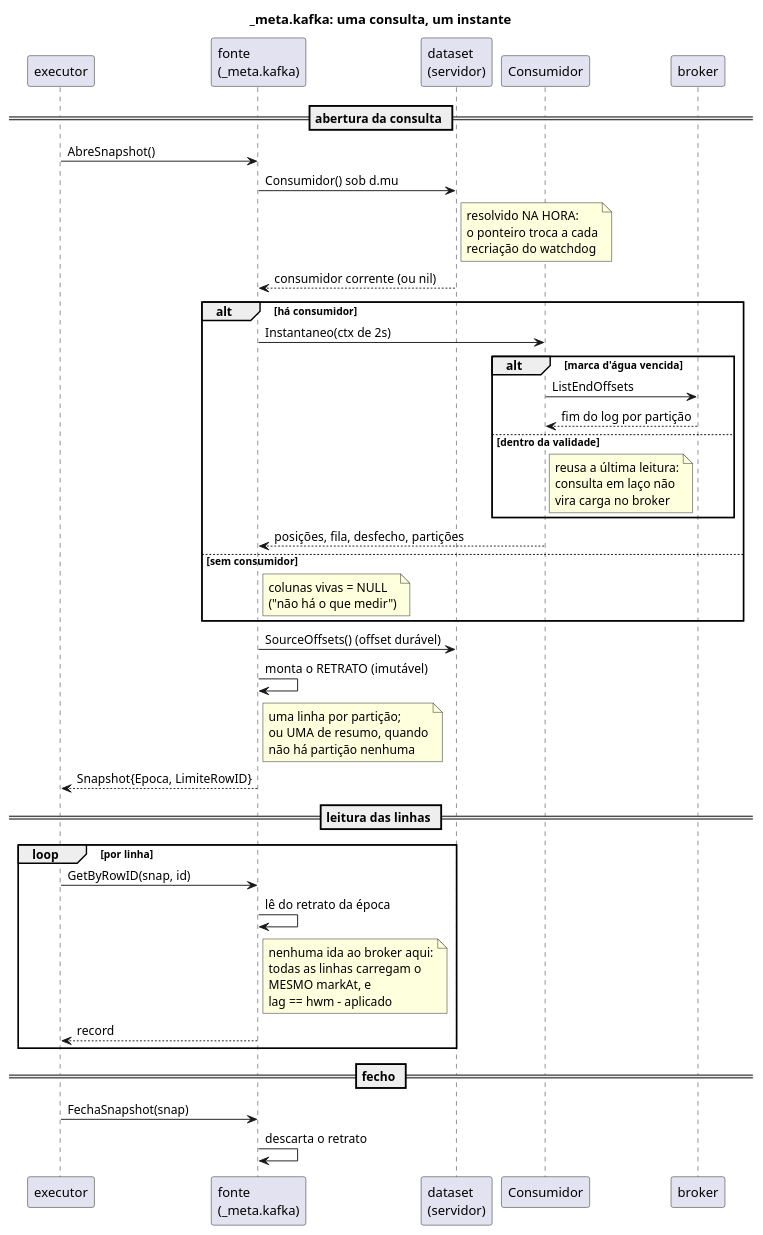
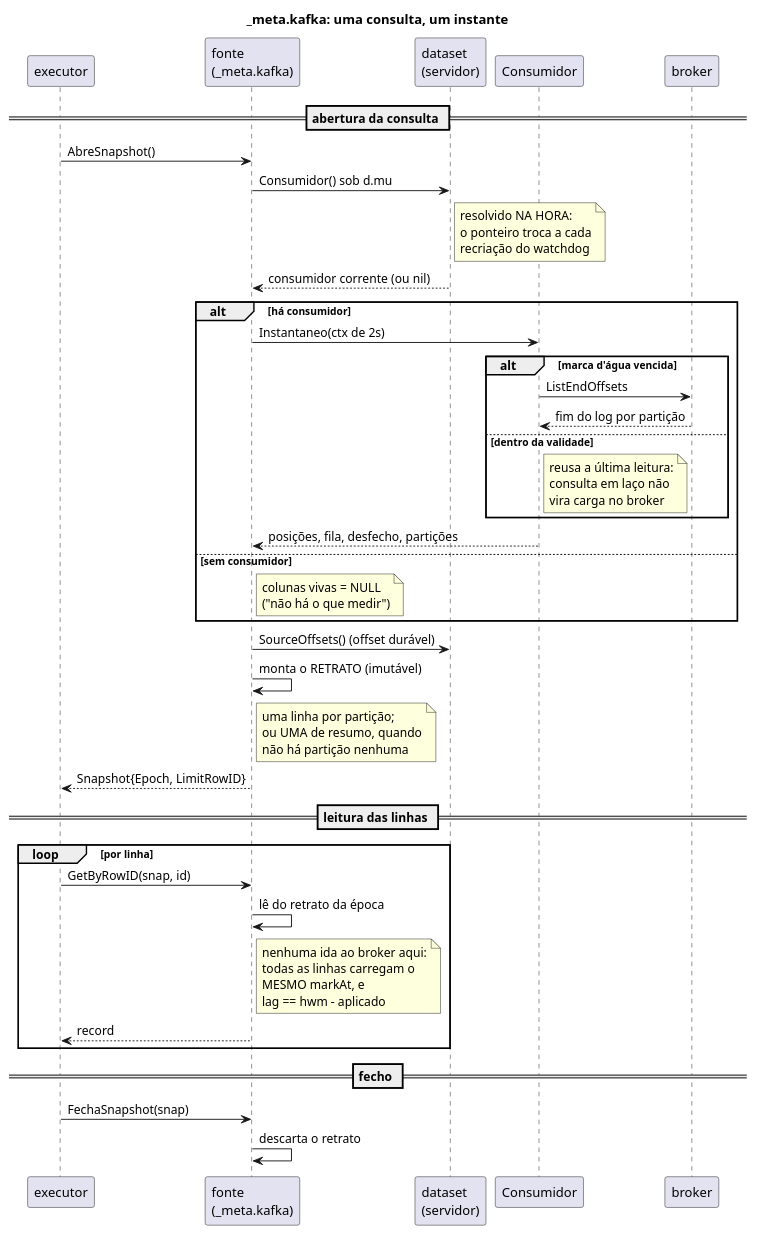
Before and after one commit to nishisan-dev/nishidb: the diagram in docs/diagrams/meta_kafka.puml, drawn with PlantUML. The commit also changed 43 other files, not shown here.

```diff
--- a/docs/diagrams/meta_kafka.puml
+++ b/docs/diagrams/meta_kafka.puml
@@ -1,67 +1,67 @@
 @startuml
 title _meta.kafka: uma consulta, um instante
 
 skinparam defaultTextAlignment left
 
 participant "executor" as EX
 participant "fonte\n(_meta.kafka)" as F
 participant "dataset\n(servidor)" as D
 participant "Consumidor" as C
 participant "broker" as B
 
 == abertura da consulta ==
 EX -> F: AbreSnapshot()
 F -> D: Consumidor() sob d.mu
 note right of D
   resolvido NA HORA:
   o ponteiro troca a cada
   recriação do watchdog
 end note
 D --> F: consumidor corrente (ou nil)
 
 alt há consumidor
   F -> C: Instantaneo(ctx de 2s)
   alt marca d'água vencida
     C -> B: ListEndOffsets
     B --> C: fim do log por partição
   else dentro da validade
     note right of C
       reusa a última leitura:
       consulta em laço não
       vira carga no broker
     end note
   end
   C --> F: posições, fila, desfecho, partições
 else sem consumidor
   note right of F
     colunas vivas = NULL
     ("não há o que medir")
   end note
 end
 
 F -> D: SourceOffsets() (offset durável)
 F -> F: monta o RETRATO (imutável)
 note right of F
   uma linha por partição;
   ou UMA de resumo, quando
   não há partição nenhuma
 end note
-F --> EX: Snapshot{Epoca, LimiteRowID}
+F --> EX: Snapshot{Epoch, LimitRowID}
 
 == leitura das linhas ==
 loop por linha
   EX -> F: GetByRowID(snap, id)
   F -> F: lê do retrato da época
   note right of F
     nenhuma ida ao broker aqui:
     todas as linhas carregam o
     MESMO markAt, e
     lag == hwm - aplicado
   end note
   F --> EX: record
 end
 
 == fecho ==
 EX -> F: FechaSnapshot(snap)
 F -> F: descarta o retrato
 @enduml
```
